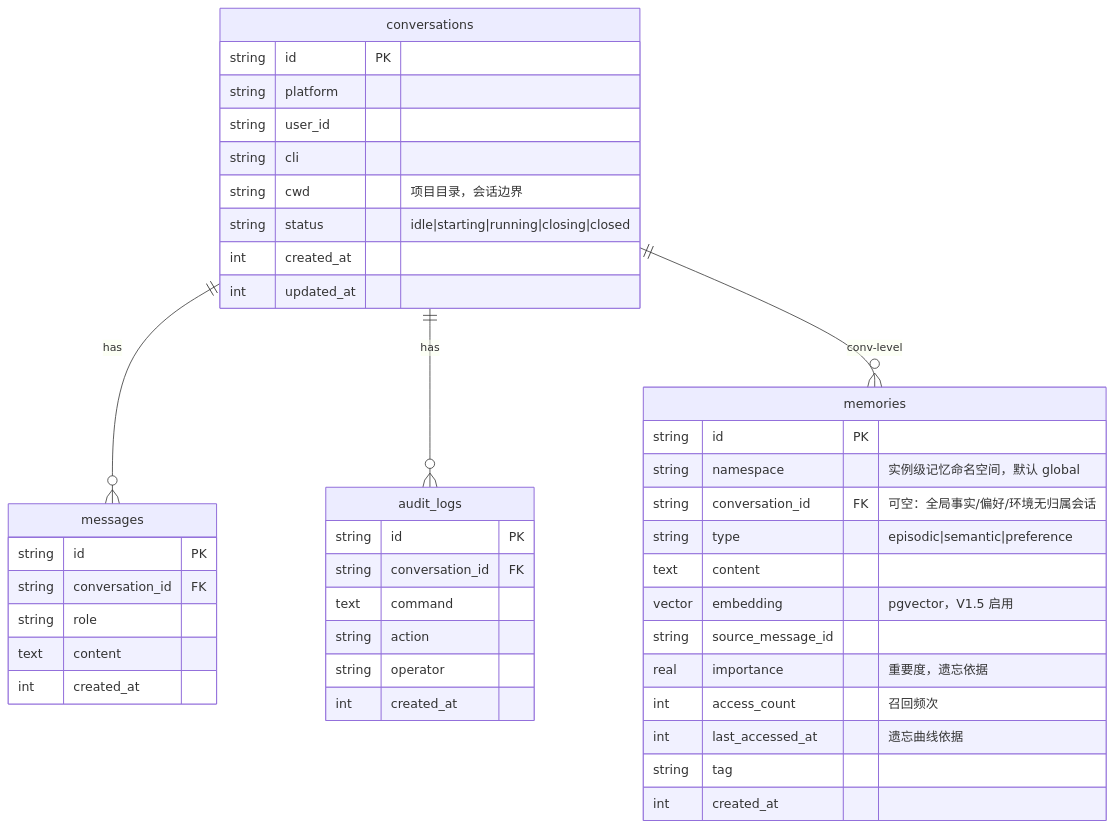
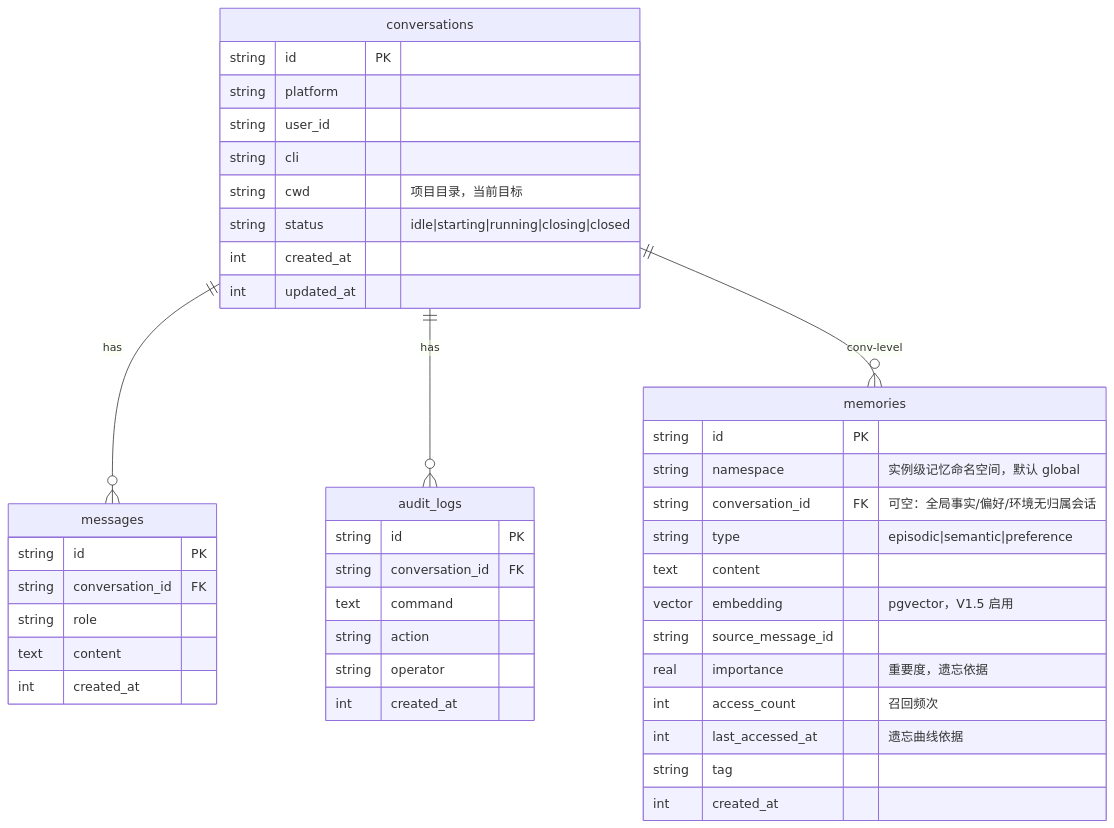
One commit to ygq-future/ai-cli-hub changed the tenth of 15 diagrams in docs/02-Architecture.md. Above: the diagram before and after it, drawn with Mermaid. The commit also changed other lines of this file and 12 other files, not shown here.

````diff
--- a/docs/02-Architecture.md
+++ b/docs/02-Architecture.md
@@ -439,46 +442,46 @@
 ```mermaid
 erDiagram
     conversations ||--o{ messages : has
     conversations ||--o{ audit_logs : has
     conversations ||--o{ memories : "conv-level"
 
     conversations {
         string id PK
         string platform
         string user_id
         string cli
-        string cwd "项目目录，会话边界"
+        string cwd "项目目录，当前目标"
         string status "idle|starting|running|closing|closed"
         int created_at
         int updated_at
     }
     messages {
         string id PK
         string conversation_id FK
         string role
         text content
         int created_at
     }
     audit_logs {
         string id PK
         string conversation_id FK
         text command
         string action
         string operator
         int created_at
     }
     memories {
         string id PK
         string namespace "实例级记忆命名空间，默认 global"
         string conversation_id FK "可空：全局事实/偏好/环境无归属会话"
         string type "episodic|semantic|preference"
         text content
         vector embedding "pgvector，V1.5 启用"
         string source_message_id
         real importance "重要度，遗忘依据"
         int access_count "召回频次"
         int last_accessed_at "遗忘曲线依据"
         string tag
         int created_at
     }
 ```
````
